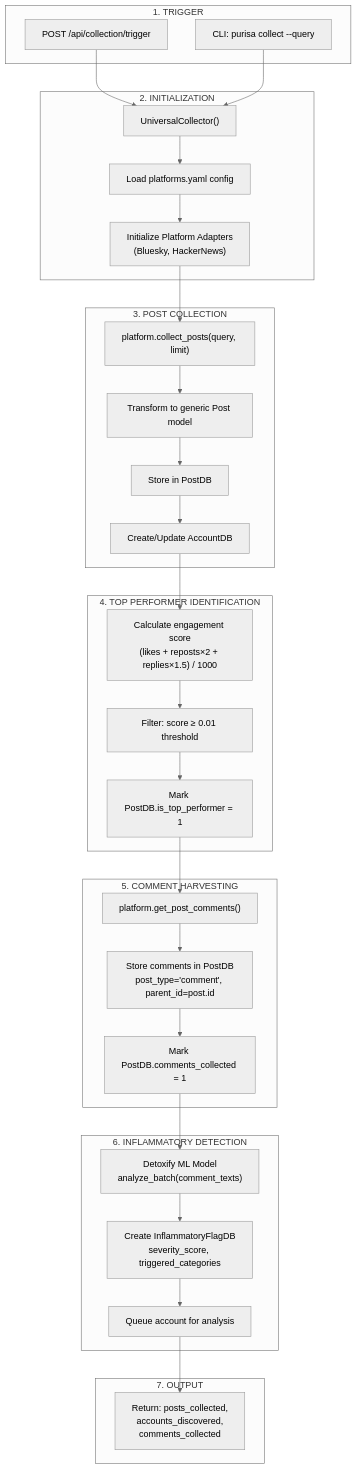
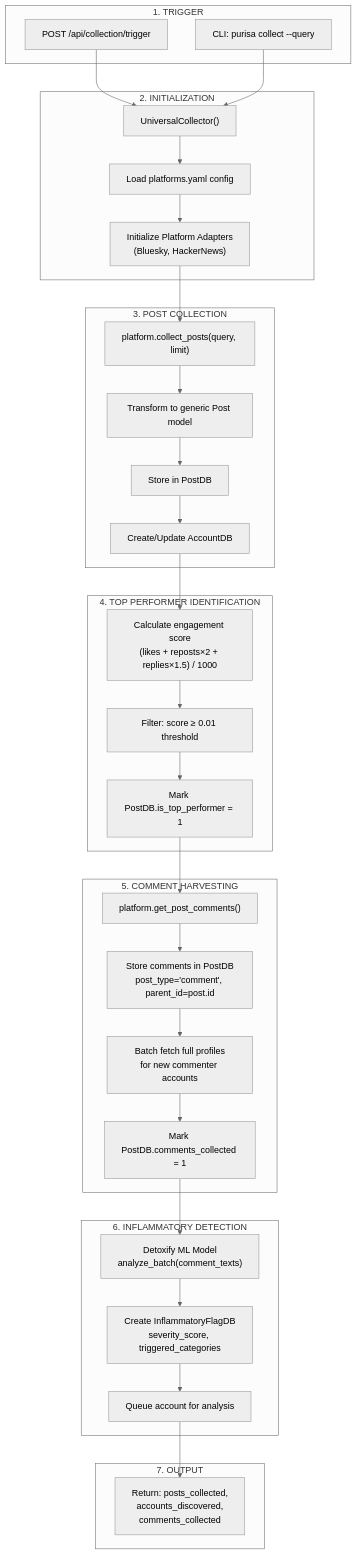
Before and after one commit to Max-R/purisa: the first of 2 diagrams in FLOW_DIAGRAMS.md, drawn with Mermaid (neutral theme). The commit also changed other lines of this file and 4 other files, not shown here.

First line of the commit message:
Add full profile fetch for commenter accounts

````diff
--- a/FLOW_DIAGRAMS.md
+++ b/FLOW_DIAGRAMS.md
@@ -11,52 +11,53 @@
 ```mermaid
 flowchart TD
     subgraph Trigger["1. TRIGGER"]
         API["POST /api/collection/trigger"]
         CLI["CLI: purisa collect --query"]
     end
 
     subgraph Init["2. INITIALIZATION"]
         UC["UniversalCollector()"]
         CFG["Load platforms.yaml config"]
         PLAT["Initialize Platform Adapters<br/>(Bluesky, HackerNews)"]
     end
 
     subgraph Collect["3. POST COLLECTION"]
         FETCH["platform.collect_posts(query, limit)"]
         TRANSFORM["Transform to generic Post model"]
         STORE_POST["Store in PostDB"]
         STORE_ACCT["Create/Update AccountDB"]
     end
 
     subgraph TopPerf["4. TOP PERFORMER IDENTIFICATION"]
         CALC_ENG["Calculate engagement score<br/>(likes + reposts×2 + replies×1.5) / 1000"]
         FILTER["Filter: score ≥ 0.01 threshold"]
         MARK["Mark PostDB.is_top_performer = 1"]
     end
 
     subgraph Comments["5. COMMENT HARVESTING"]
         FETCH_COMMENTS["platform.get_post_comments()"]
         STORE_COMMENTS["Store comments in PostDB<br/>post_type='comment', parent_id=post.id"]
+        FETCH_PROFILES["Batch fetch full profiles<br/>for new commenter accounts"]
         MARK_COLLECTED["Mark PostDB.comments_collected = 1"]
     end
 
     subgraph Inflammatory["6. INFLAMMATORY DETECTION"]
         DETOXIFY["Detoxify ML Model<br/>analyze_batch(comment_texts)"]
         FLAG["Create InflammatoryFlagDB<br/>severity_score, triggered_categories"]
         QUEUE["Queue account for analysis"]
     end
 
     subgraph Output["7. OUTPUT"]
         RESULT["Return: posts_collected,<br/>accounts_discovered,<br/>comments_collected"]
     end
 
     API --> UC
     CLI --> UC
     UC --> CFG --> PLAT
     PLAT --> FETCH --> TRANSFORM
     TRANSFORM --> STORE_POST --> STORE_ACCT
     STORE_ACCT --> CALC_ENG --> FILTER --> MARK
-    MARK --> FETCH_COMMENTS --> STORE_COMMENTS --> MARK_COLLECTED
+    MARK --> FETCH_COMMENTS --> STORE_COMMENTS --> FETCH_PROFILES --> MARK_COLLECTED
     MARK_COLLECTED --> DETOXIFY --> FLAG --> QUEUE
     QUEUE --> RESULT
 ```
````
